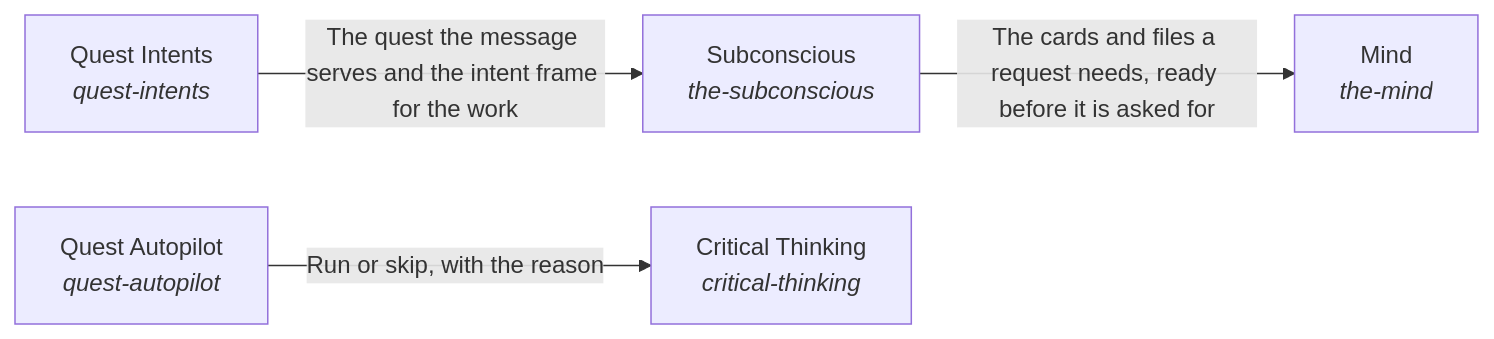
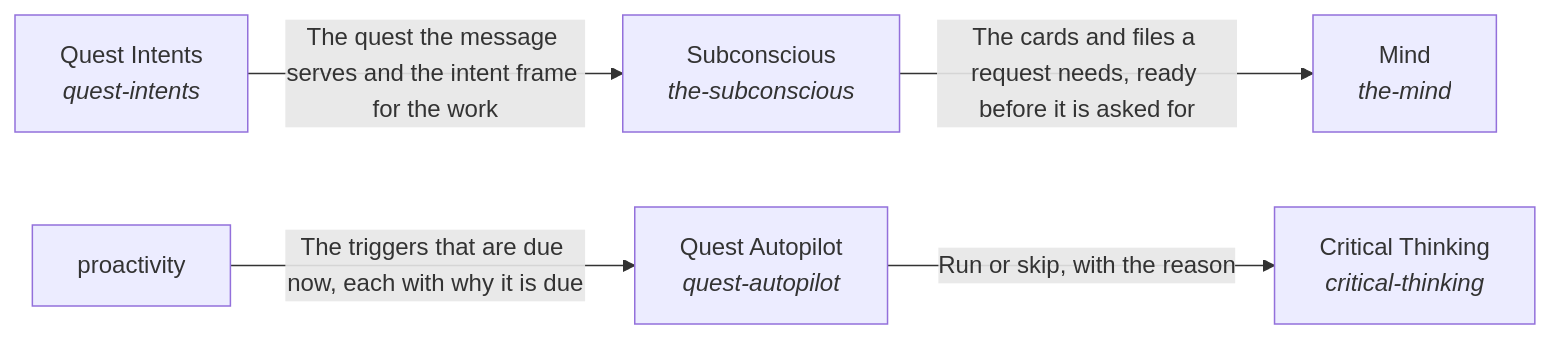
One commit to SpiritualData/quest-ai-runner changed the diagram in quest_ai_runner/the_intelligence/diagram.md. Above: the diagram before and after it, drawn with Mermaid. The commit also changed other lines of this file and 15 other files, not shown here.

Commit message:
Spec: Quest Autopilot adopts the hub's Proactivity and Prioritization; adopted rows, composition seats, intent paragraphs and PassGating contract state that due comes from Proactivity and order from Prioritization

````diff
--- a/quest_ai_runner/the_intelligence/diagram.md
+++ b/quest_ai_runner/the_intelligence/diagram.md
@@ -9,11 +9,13 @@
 ```mermaid
 flowchart LR
     s0["Subconscious<br/><i>the-subconscious</i>"]
     s1["Mind<br/><i>the-mind</i>"]
     s2["Critical Thinking<br/><i>critical-thinking</i>"]
     s3["Quest Autopilot<br/><i>quest-autopilot</i>"]
     s4["Quest Intents<br/><i>quest-intents</i>"]
+    s5["proactivity"]
     s0 -->|"The cards and files a request needs, ready before it is asked for"| s1
     s3 -->|"Run or skip, with the reason"| s2
     s4 -->|"The quest the message serves and the intent frame for the work"| s0
+    s5 -->|"The triggers that are due now, each with why it is due"| s3
 ```
````
